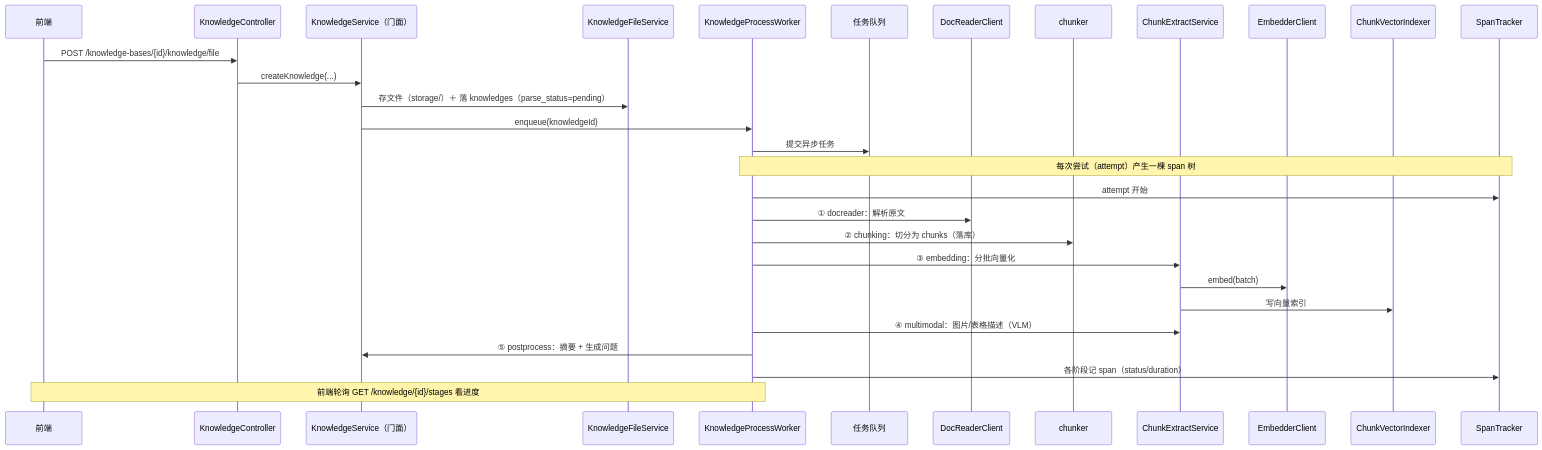
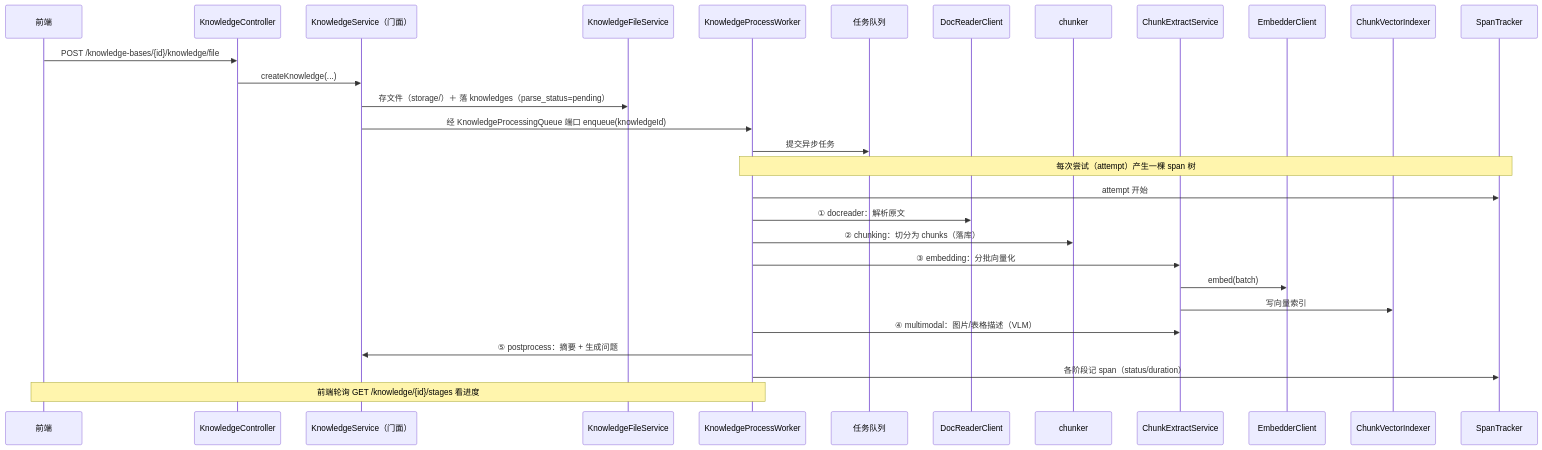
The fifth of 9 diagrams in docs/knowledge-module-guide.md (pmbilly/ragagent), drawn with Mermaid before and after one commit. The commit also changed other lines of this file and 36 other files, not shown here.

````diff
--- a/docs/knowledge-module-guide.md
+++ b/docs/knowledge-module-guide.md
@@ -341,33 +344,33 @@
 ```mermaid
 sequenceDiagram
     participant FE as 前端
     participant C as KnowledgeController
     participant F as KnowledgeService（门面）
     participant FS as KnowledgeFileService
     participant W as KnowledgeProcessWorker
     participant Q as 任务队列
     participant DR as DocReaderClient
     participant CH as chunker
     participant EX as ChunkExtractService
     participant EM as EmbedderClient
     participant VS as ChunkVectorIndexer
     participant SP as SpanTracker
 
     FE->>C: POST /knowledge-bases/{id}/knowledge/file
     C->>F: createKnowledge(...)
     F->>FS: 存文件（storage/）＋ 落 knowledges（parse_status=pending）
-    F->>W: enqueue(knowledgeId)
+    F->>W: 经 KnowledgeProcessingQueue 端口 enqueue(knowledgeId)
     W->>Q: 提交异步任务
     Note over W,SP: 每次尝试（attempt）产生一棵 span 树
 
     W->>SP: attempt 开始
     W->>DR: ① docreader：解析原文
     W->>CH: ② chunking：切分为 chunks（落库）
     W->>EX: ③ embedding：分批向量化
     EX->>EM: embed(batch)
     EX->>VS: 写向量索引
     W->>EX: ④ multimodal：图片/表格描述（VLM）
     W->>F: ⑤ postprocess：摘要 + 生成问题
     W->>SP: 各阶段记 span（status/duration）
     Note over FE,W: 前端轮询 GET /knowledge/{id}/stages 看进度
 ```
````
